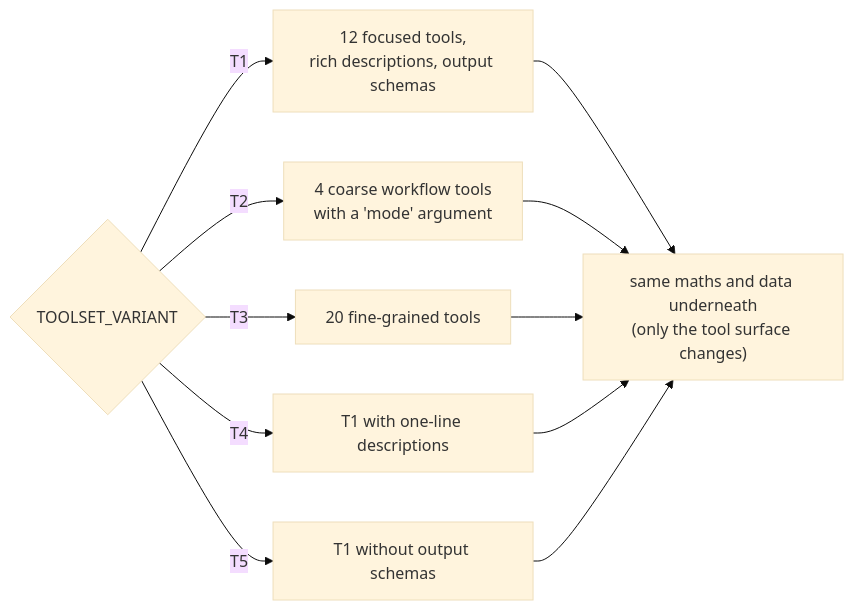
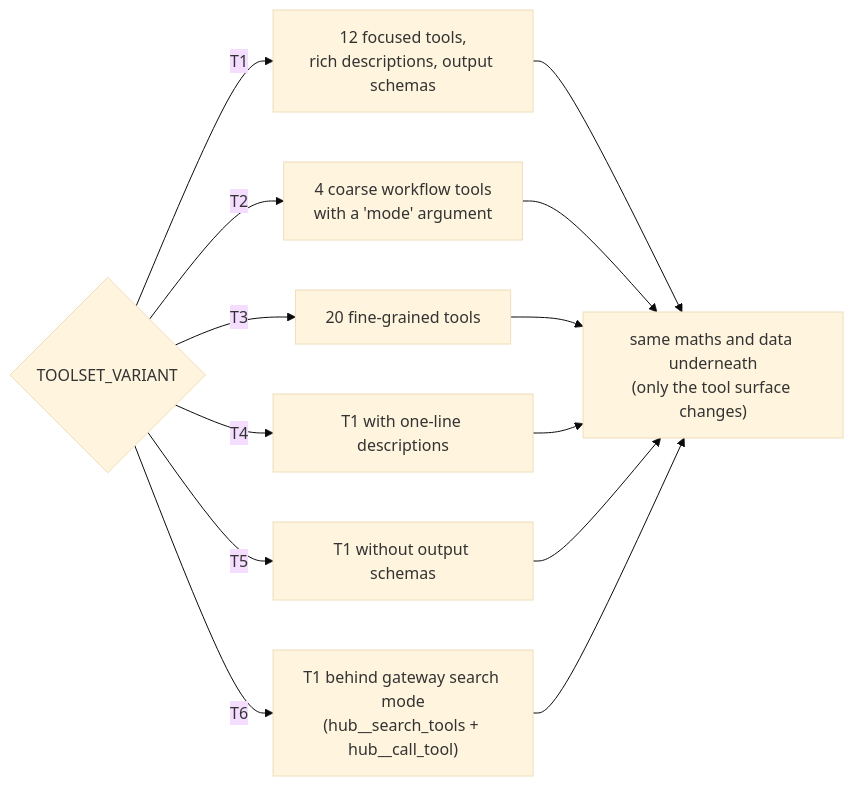
The second of 2 diagrams in projects/02-mcp-hub/docs/09-build-plan/F17-tool-design-evals.md (pRiMeXoMeGa/AI-Learning-Projects), drawn with Mermaid (base theme) before and after one commit. The commit also changed other lines of this file and 31 other files, not shown here.

````diff
--- a/projects/02-mcp-hub/docs/09-build-plan/F17-tool-design-evals.md
+++ b/projects/02-mcp-hub/docs/09-build-plan/F17-tool-design-evals.md
@@ -28,9 +28,10 @@
 ```mermaid
 flowchart LR
     V{"TOOLSET_VARIANT"} -->|T1| A["12 focused tools,<br/>rich descriptions, output schemas"]
     V -->|T2| B["4 coarse workflow tools<br/>with a 'mode' argument"]
     V -->|T3| C["20 fine-grained tools"]
     V -->|T4| D["T1 with one-line descriptions"]
     V -->|T5| E["T1 without output schemas"]
-    A & B & C & D & E --> SAME["same maths and data underneath<br/>(only the tool surface changes)"]
+    V -->|T6| F["T1 behind gateway search mode<br/>(hub__search_tools + hub__call_tool)"]
+    A & B & C & D & E & F --> SAME["same maths and data underneath<br/>(only the tool surface changes)"]
 ```
````
